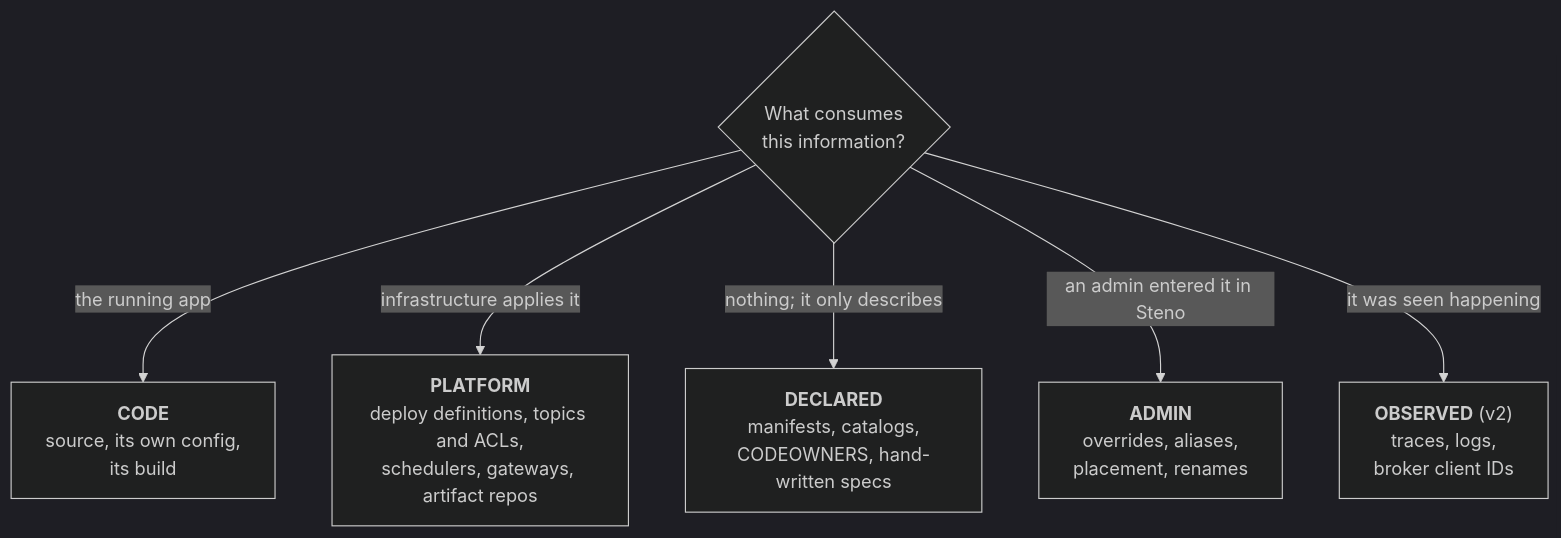
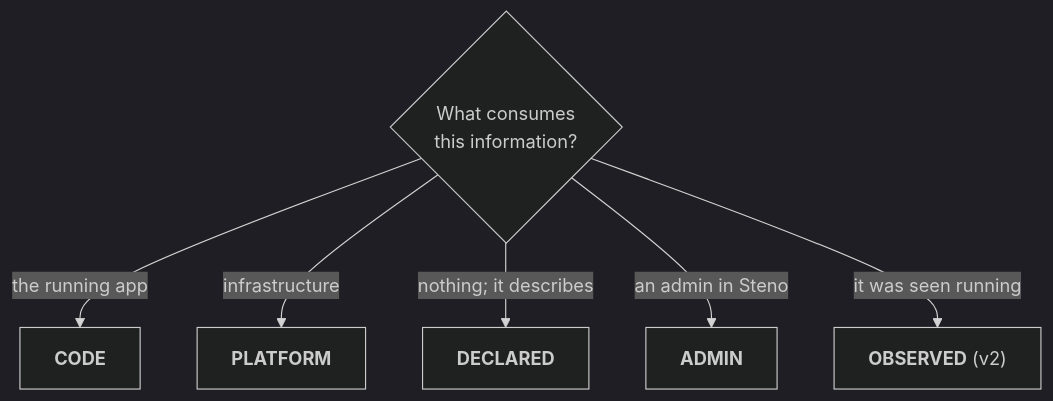
The diagram in docs/concepts/witnesses-and-facets.md (KBavis/steno), drawn with Mermaid (dark theme) before and after one commit. The commit also changed other lines of this file and 35 other files, not shown here.

First line of the commit message:
docs: simplify the docs and record D150 (flows-first routing)

````diff
--- a/docs/concepts/witnesses-and-facets.md
+++ b/docs/concepts/witnesses-and-facets.md
@@ -30,9 +11,9 @@
 ```mermaid
 flowchart TD
     Q{"What consumes<br/>this information?"}
-    Q -- "the running app" --> CODE["<b>CODE</b><br/>source, its own config,<br/>its build"]
-    Q -- "infrastructure applies it" --> PLATFORM["<b>PLATFORM</b><br/>deploy definitions, topics and ACLs,<br/>schedulers, gateways, artifact repos"]
-    Q -- "nothing; it only describes" --> DECLARED["<b>DECLARED</b><br/>manifests, catalogs,<br/>CODEOWNERS, hand-written specs"]
-    Q -- "an admin entered it in Steno" --> ADMIN["<b>ADMIN</b><br/>overrides, aliases,<br/>placement, renames"]
-    Q -- "it was seen happening" --> OBSERVED["<b>OBSERVED</b> (v2)<br/>traces, logs,<br/>broker client IDs"]
+    Q -- "the running app" --> CODE["<b>CODE</b>"]
+    Q -- "infrastructure" --> PLATFORM["<b>PLATFORM</b>"]
+    Q -- "nothing; it describes" --> DECLARED["<b>DECLARED</b>"]
+    Q -- "an admin in Steno" --> ADMIN["<b>ADMIN</b>"]
+    Q -- "it was seen running" --> OBSERVED["<b>OBSERVED</b> (v2)"]
 ```
````
